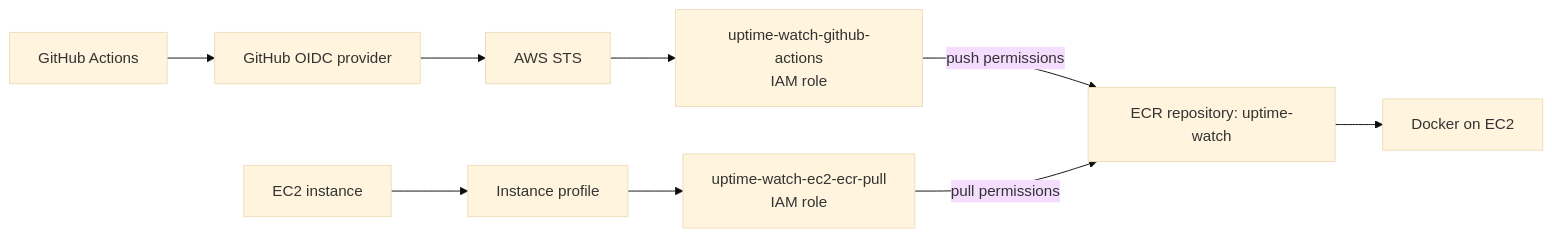
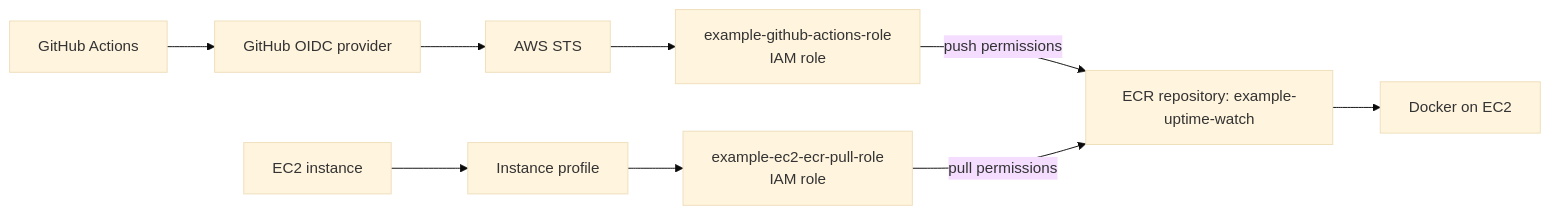
The diagram in README.md (AboubakrLaid/uptime-watch), drawn with Mermaid (base theme) before and after one commit. The commit also changed other lines of this file, not shown here.

````diff
--- a/README.md
+++ b/README.md
@@ -460,14 +460,14 @@
 ```mermaid
 flowchart LR
     GH[GitHub Actions] --> OIDC[GitHub OIDC provider]
     OIDC --> STS[AWS STS]
-    STS --> GROLE[uptime-watch-github-actions
+    STS --> GROLE[example-github-actions-role
 IAM role]
-    GROLE -->|push permissions| ECR[ECR repository: uptime-watch]
+    GROLE -->|push permissions| ECR[ECR repository: example-uptime-watch]
 
     EC2[EC2 instance] --> PROFILE[Instance profile]
-    PROFILE --> EROLE[uptime-watch-ec2-ecr-pull
+    PROFILE --> EROLE[example-ec2-ecr-pull-role
 IAM role]
     EROLE -->|pull permissions| ECR
     ECR --> DOCKER[Docker on EC2]
 ```
````
